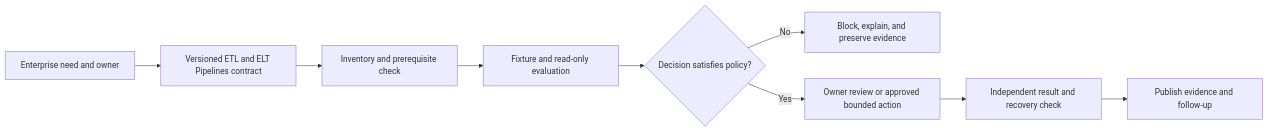
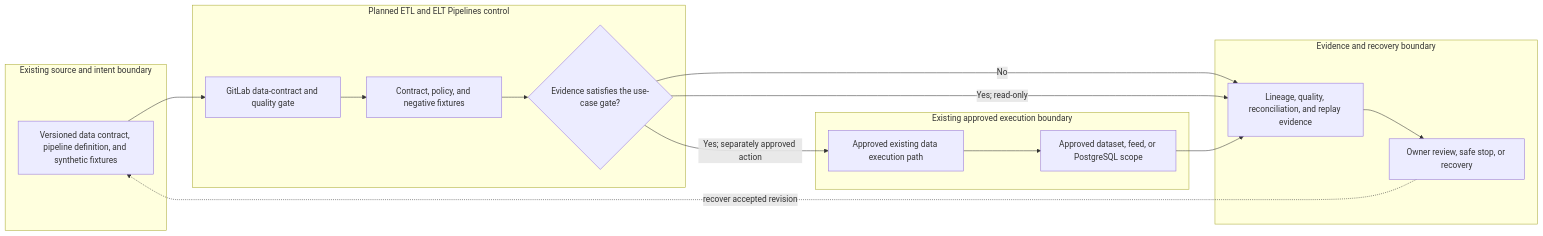
The diagram in docs/use-cases/data/UC-DATA-005-etl-and-elt-pipelines.md (MIDHTECH/enterprise-architecture-docs), drawn with Mermaid before and after one commit. The commit also changed other lines of this file and 227 other files, not shown here.

Commit message:
Deepen architecture for all use case designs

````diff
--- a/docs/use-cases/data/UC-DATA-005-etl-and-elt-pipelines.md
+++ b/docs/use-cases/data/UC-DATA-005-etl-and-elt-pipelines.md
@@ -136,11 +129,25 @@
 ```mermaid
 flowchart LR
-    Need["Enterprise need and owner"] --> Contract["Versioned ETL and ELT Pipelines contract"]
-    Contract --> Preflight["Inventory and prerequisite check"]
-    Preflight --> Evaluate["Fixture and read-only evaluation"]
-    Evaluate --> Decision{"Decision satisfies policy?"}
-    Decision -->|No| Stop["Block, explain, and preserve evidence"]
-    Decision -->|Yes| Review["Owner review or approved bounded action"]
-    Review --> Verify["Independent result and recovery check"]
-    Verify --> Publish["Publish evidence and follow-up"]
+    subgraph Source["Existing source and intent boundary"]
+        A["Versioned data contract, pipeline definition, and synthetic fixtures"]
+    end
+    subgraph Planned["Planned ETL and ELT Pipelines control"]
+        B["GitLab data-contract and quality gate"]
+        C["Contract, policy, and negative fixtures"]
+        D{"Evidence satisfies the use-case gate?"}
+    end
+    subgraph Runtime["Existing approved execution boundary"]
+        E["Approved existing data execution path"]
+        F["Approved dataset, feed, or PostgreSQL scope"]
+    end
+    subgraph Assurance["Evidence and recovery boundary"]
+        G["Lineage, quality, reconciliation, and replay evidence"]
+        H["Owner review, safe stop, or recovery"]
+    end
+
+    A --> B --> C --> D
+    D -->|No| G --> H
+    D -->|Yes; read-only| G
+    D -->|Yes; separately approved action| E --> F --> G
+    H -. recover accepted revision .-> A
 ```
````
